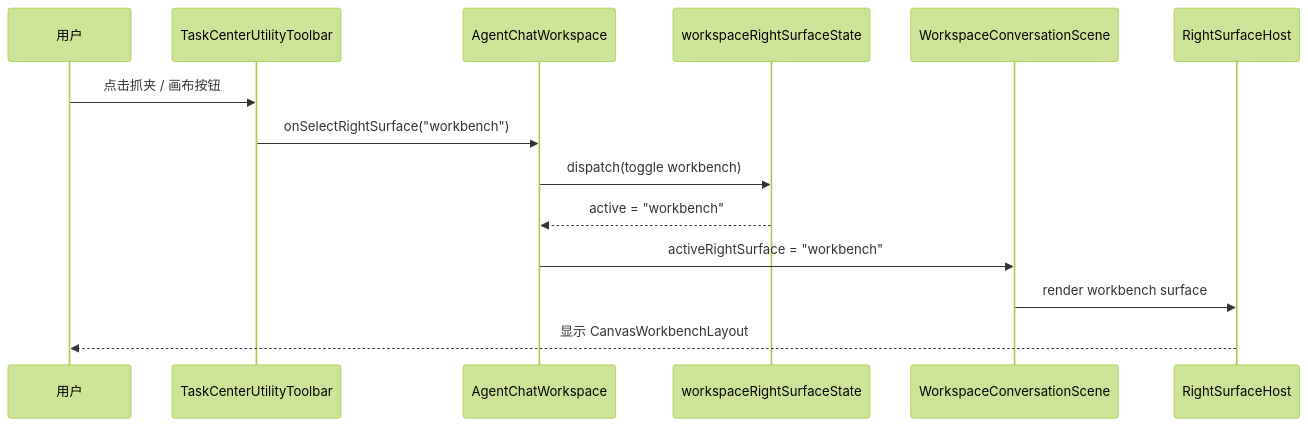
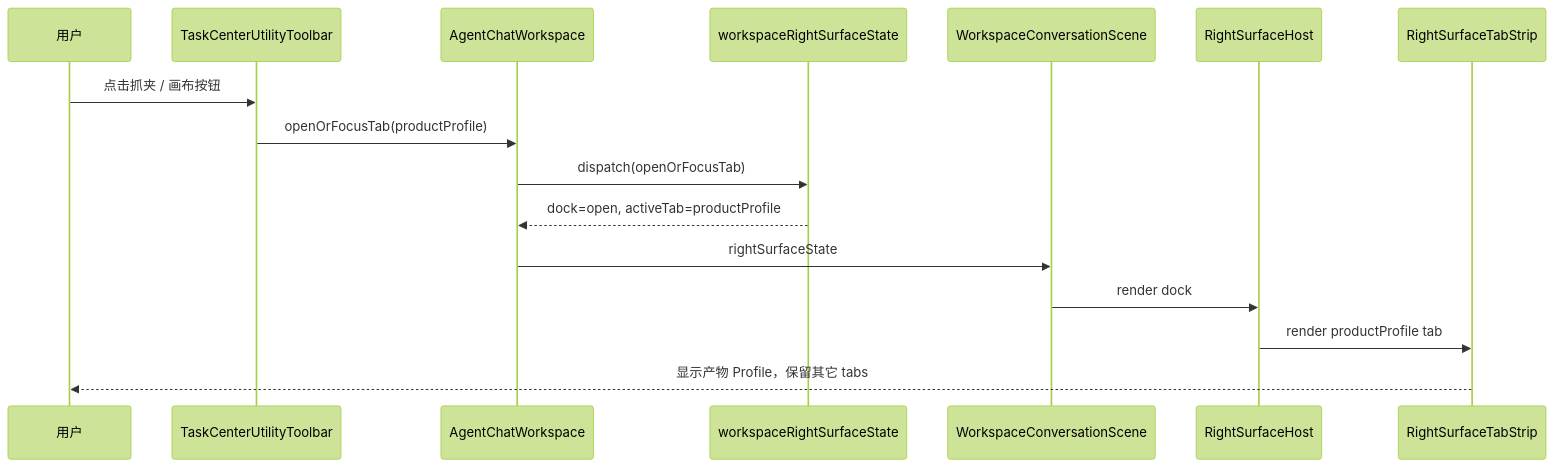
The fourth of 11 diagrams in internal/roadmap/rightsurface/README.md (jiujuan/lime), drawn with Mermaid (forest theme) before and after one commit. The commit also changed other lines of this file and 377 other files, not shown here.

````diff
--- a/internal/roadmap/rightsurface/README.md
+++ b/internal/roadmap/rightsurface/README.md
@@ -295,17 +335,19 @@
 ```mermaid
 sequenceDiagram
   participant User as 用户
   participant Toolbar as TaskCenterUtilityToolbar
   participant Workspace as AgentChatWorkspace
   participant Reducer as workspaceRightSurfaceState
   participant Scene as WorkspaceConversationScene
   participant Host as RightSurfaceHost
+  participant Tabs as RightSurfaceTabStrip
 
   User->>Toolbar: 点击抓夹 / 画布按钮
-  Toolbar->>Workspace: onSelectRightSurface("workbench")
-  Workspace->>Reducer: dispatch(toggle workbench)
-  Reducer-->>Workspace: active = "workbench"
-  Workspace->>Scene: activeRightSurface = "workbench"
-  Scene->>Host: render workbench surface
-  Host-->>User: 显示 CanvasWorkbenchLayout
+  Toolbar->>Workspace: openOrFocusTab(productProfile)
+  Workspace->>Reducer: dispatch(openOrFocusTab)
+  Reducer-->>Workspace: dock=open, activeTab=productProfile
+  Workspace->>Scene: rightSurfaceState
+  Scene->>Host: render dock
+  Host->>Tabs: render productProfile tab
+  Tabs-->>User: 显示产物 Profile，保留其它 tabs
 ```
````
